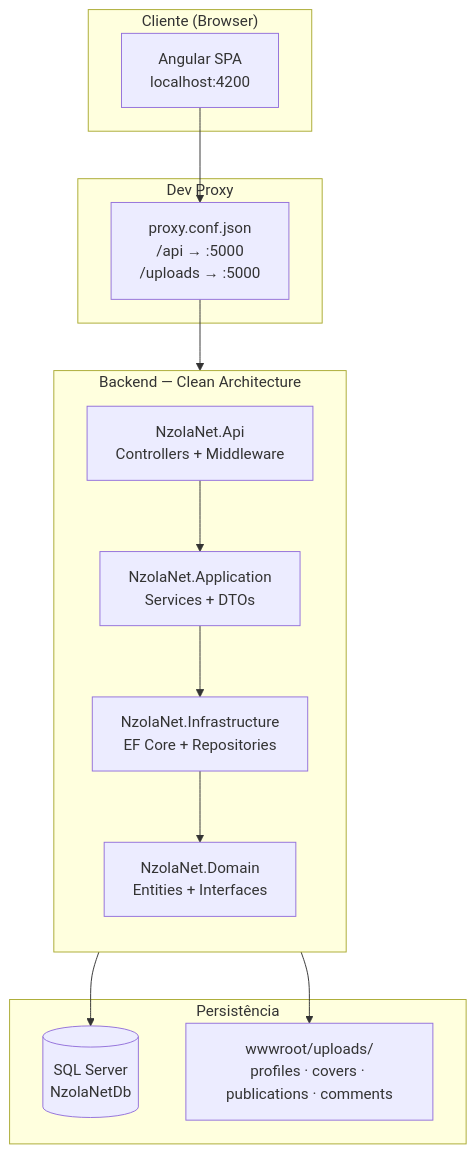
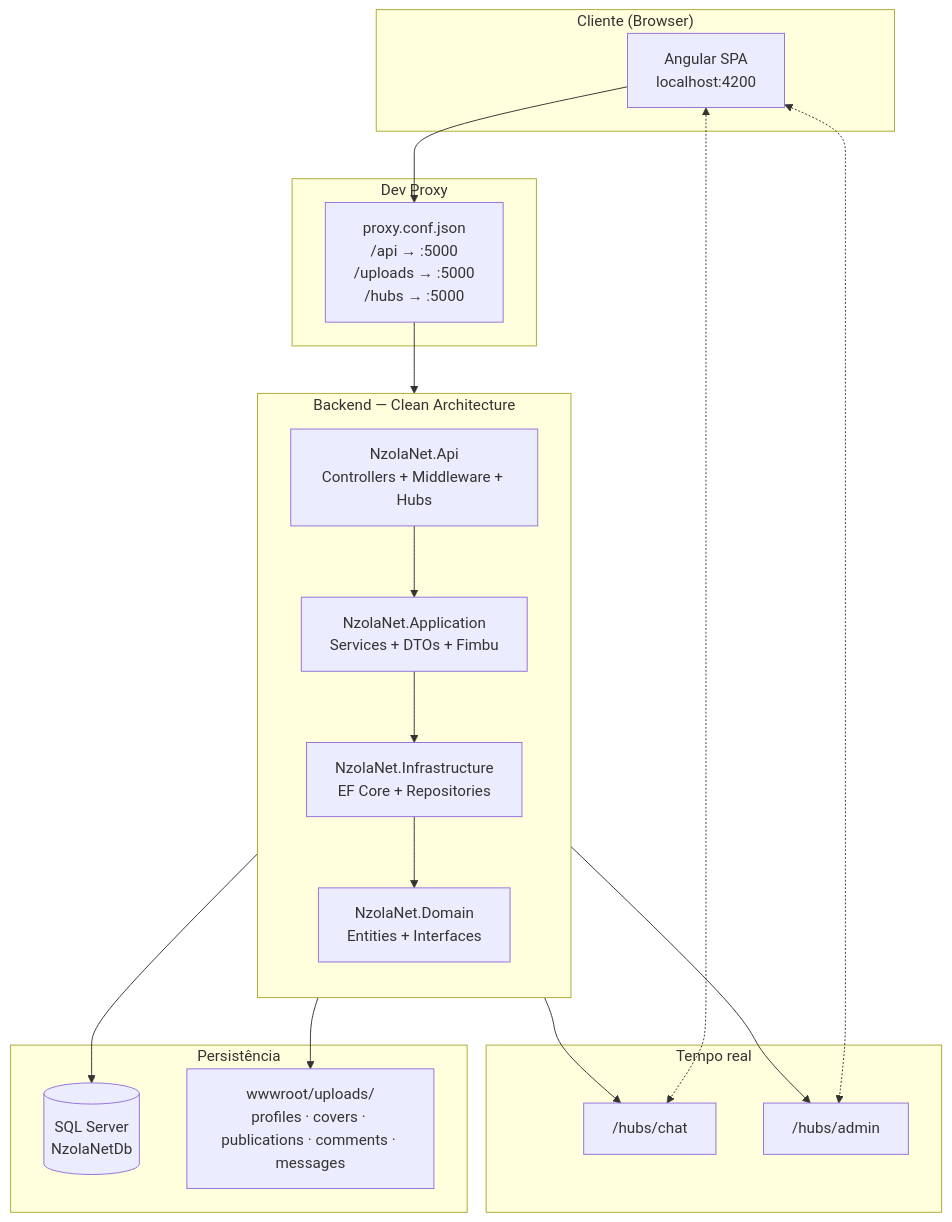
The second of 13 diagrams in README.md (KazenWilver/nzolanet), drawn with Mermaid before and after one commit. The commit also changed other lines of this file, not shown here.

````diff
--- a/README.md
+++ b/README.md
@@ -117,28 +175,37 @@
 ```mermaid
 flowchart TB
     subgraph Cliente["Cliente (Browser)"]
         SPA["Angular SPA<br/>localhost:4200"]
     end
 
     subgraph Proxy["Dev Proxy"]
-        P["proxy.conf.json<br/>/api → :5000<br/>/uploads → :5000"]
+        P["proxy.conf.json<br/>/api → :5000<br/>/uploads → :5000<br/>/hubs → :5000"]
     end
 
     subgraph API["Backend — Clean Architecture"]
         direction TB
-        CTRL["NzolaNet.Api<br/>Controllers + Middleware"]
-        APP["NzolaNet.Application<br/>Services + DTOs"]
+        CTRL["NzolaNet.Api<br/>Controllers + Middleware + Hubs"]
+        APP["NzolaNet.Application<br/>Services + DTOs + Fimbu"]
         INFRA["NzolaNet.Infrastructure<br/>EF Core + Repositories"]
         DOM["NzolaNet.Domain<br/>Entities + Interfaces"]
         CTRL --> APP --> INFRA --> DOM
     end
 
+    subgraph Realtime["Tempo real"]
+        H1["/hubs/chat"]
+        H2["/hubs/admin"]
+    end
+
     subgraph Dados["Persistência"]
         DB[(SQL Server<br/>NzolaNetDb)]
-        FS["wwwroot/uploads/<br/>profiles · covers · publications · comments"]
+        FS["wwwroot/uploads/<br/>profiles · covers · publications · comments · messages"]
     end
 
     SPA --> P --> CTRL
+    SPA <-.-> H1
+    SPA <-.-> H2
+    CTRL --> H1
+    CTRL --> H2
     INFRA --> DB
     CTRL --> FS
 ```
````
